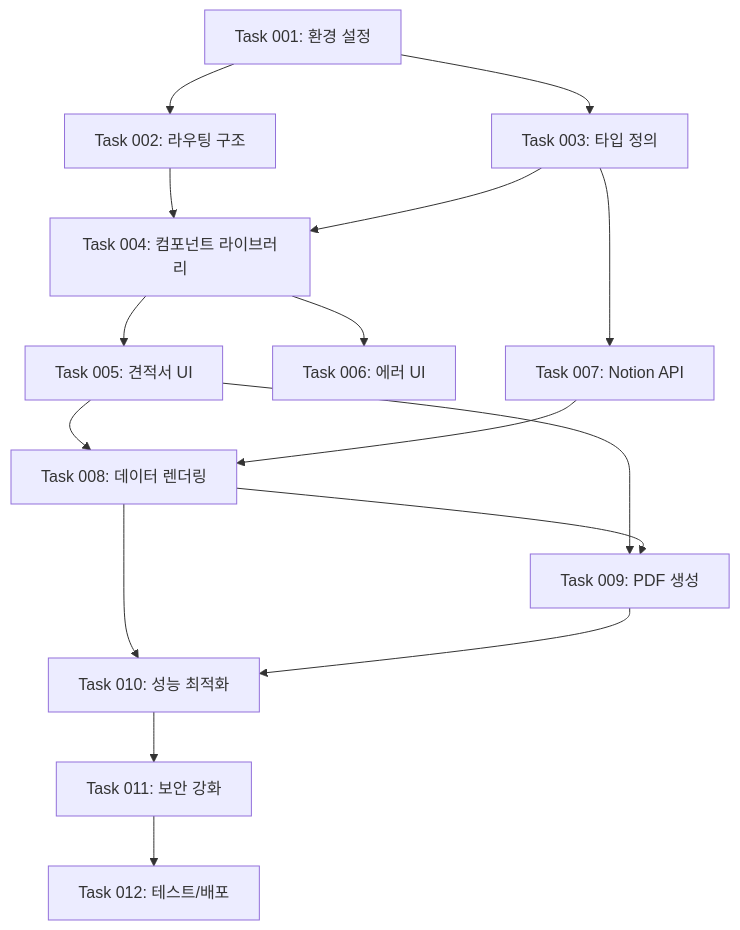
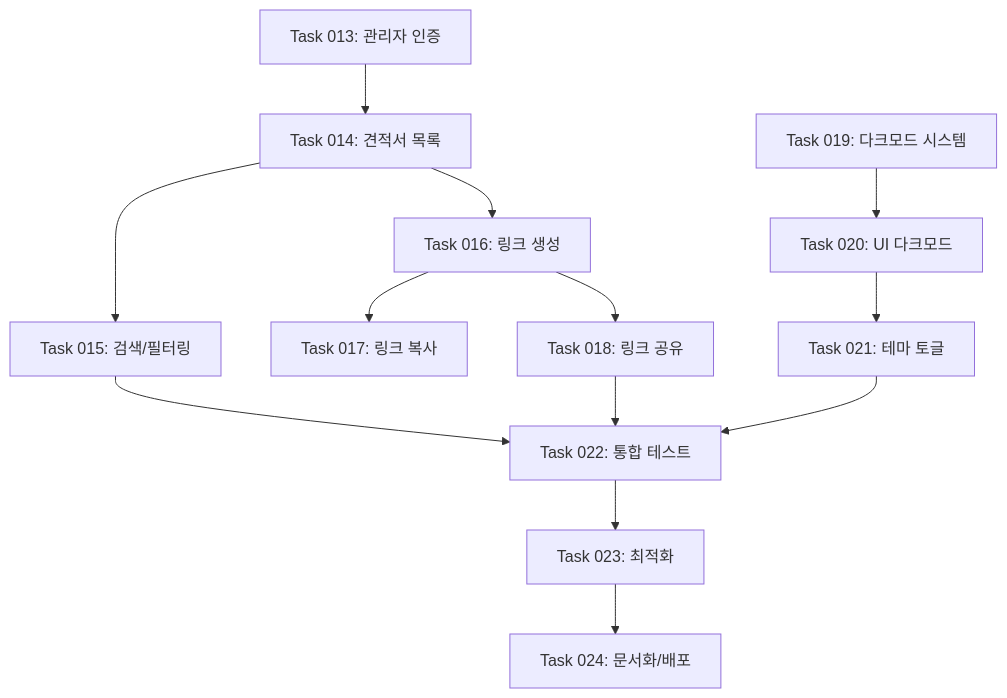
One commit to metaontology/invoice-web changed the diagram in docs/ROADMAP.md. Above: the diagram before and after it, drawn with Mermaid. The commit also changed other lines of this file and 1 other file, not shown here.

Commit message:
📝 docs(roadmap): mark Phase 5 tasks complete and update progress

````diff
--- a/docs/ROADMAP.md
+++ b/docs/ROADMAP.md
@@ -247,18 +260,17 @@
 ```mermaid
 graph TD
-    A[Task 001: 환경 설정] --> B[Task 002: 라우팅 구조]
-    A --> C[Task 003: 타입 정의]
-    B --> D[Task 004: 컴포넌트 라이브러리]
-    C --> D
-    D --> E[Task 005: 견적서 UI]
-    D --> F[Task 006: 에러 UI]
-    C --> G[Task 007: Notion API]
-    E --> H[Task 008: 데이터 렌더링]
-    G --> H
-    E --> I[Task 009: PDF 생성]
-    H --> I
-    H --> J[Task 010: 성능 최적화]
+    A[Task 013: 관리자 인증] --> B[Task 014: 견적서 목록]
+    B --> C[Task 015: 검색/필터링]
+    B --> D[Task 016: 링크 생성]
+    D --> E[Task 017: 링크 복사]
+    D --> F[Task 018: 링크 공유]
+
+    G[Task 019: 다크모드 시스템] --> H[Task 020: UI 다크모드]
+    H --> I[Task 021: 테마 토글]
+
+    C --> J[Task 022: 통합 테스트]
+    F --> J
     I --> J
-    J --> K[Task 011: 보안 강화]
-    K --> L[Task 012: 테스트/배포]
+    J --> K[Task 023: 최적화]
+    K --> L[Task 024: 문서화/배포]
 ```
````
